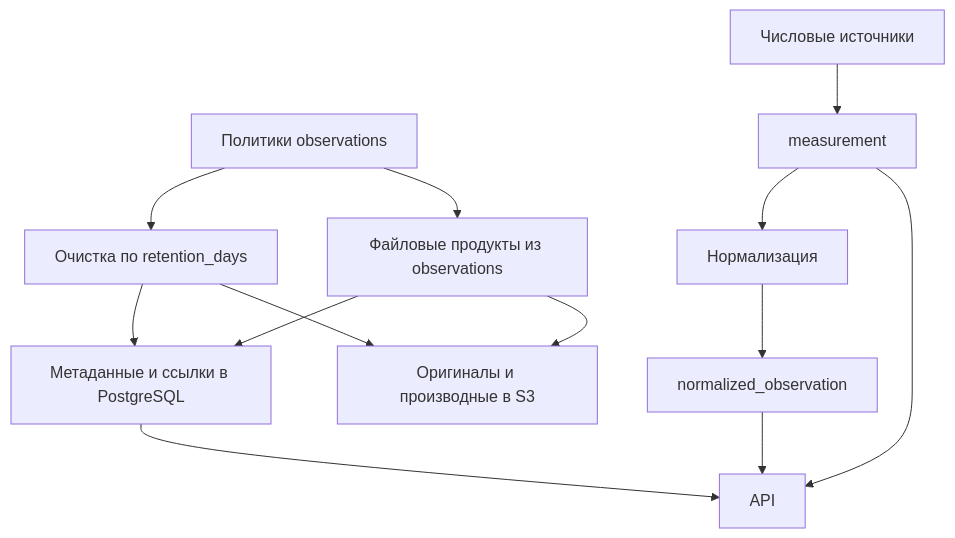
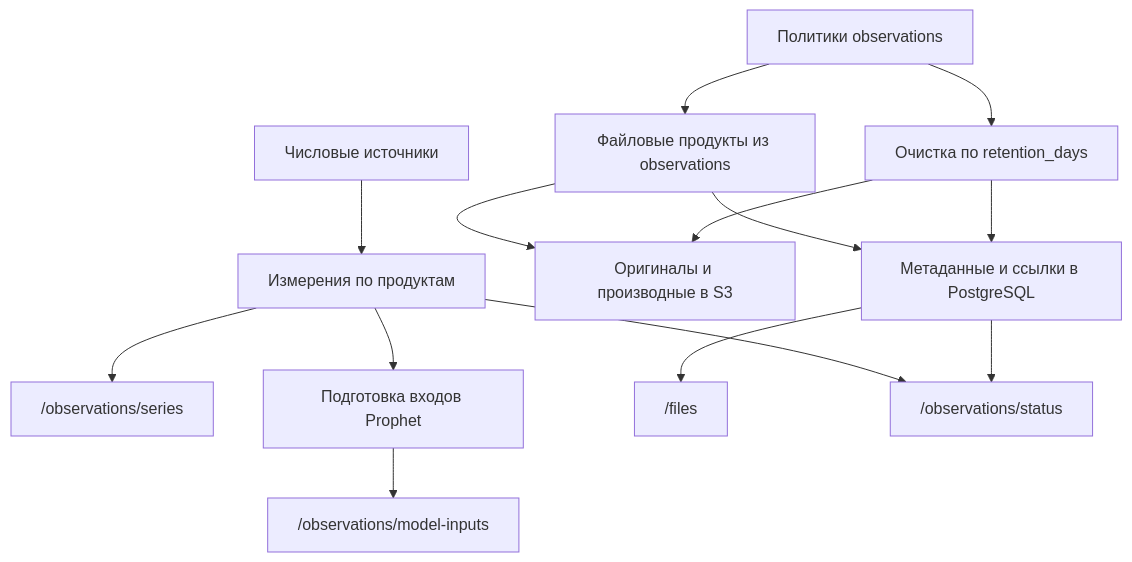
Before and after one commit to a-kryvenko/argus: the diagram in apps/clio/DATA_FLOWS.md, drawn with Mermaid. The commit also changed 136 other files, not shown here.

````diff
--- a/apps/clio/DATA_FLOWS.md
+++ b/apps/clio/DATA_FLOWS.md
@@ -3,14 +3,16 @@
 ```mermaid
 flowchart TD
-    providers[Числовые источники] --> measurement
-    measurement --> normalize[Нормализация] --> normalized_observation
-    measurement --> api[API]
-    normalized_observation --> api
+    providers[Числовые источники] --> measurement[Измерения по продуктам]
+    measurement --> series["/observations/series"]
+    measurement --> normalize[Подготовка входов Prophet]
+    normalize --> model["/observations/model-inputs"]
     files[Файловые продукты из observations] --> s3[Оригиналы и производные в S3]
     files --> metadata[Метаданные и ссылки в PostgreSQL]
-    metadata --> api
+    metadata --> files_api["/files"]
+    measurement --> status["/observations/status"]
+    metadata --> status
     policies[Политики observations] --> files
     policies --> cleanup[Очистка по retention_days]
     cleanup --> metadata
     cleanup --> s3
 ```
````
